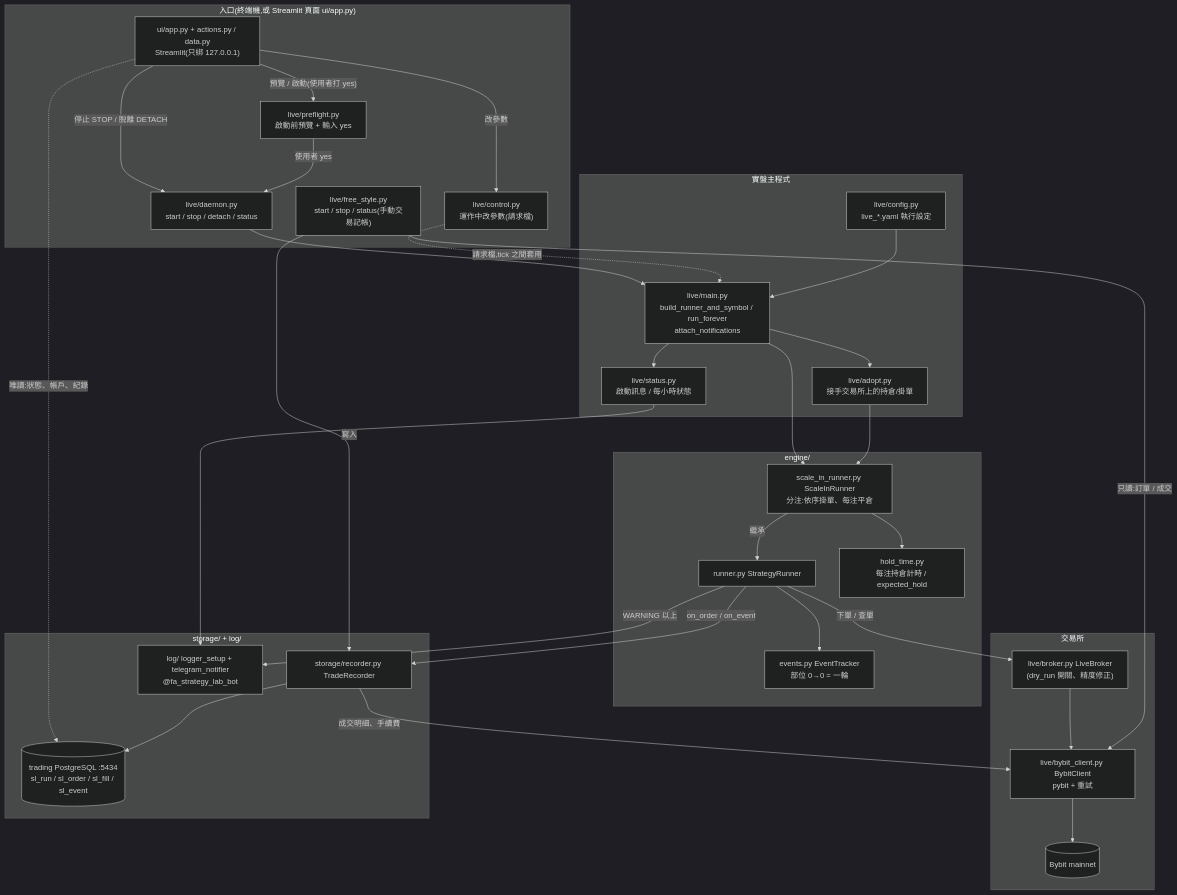
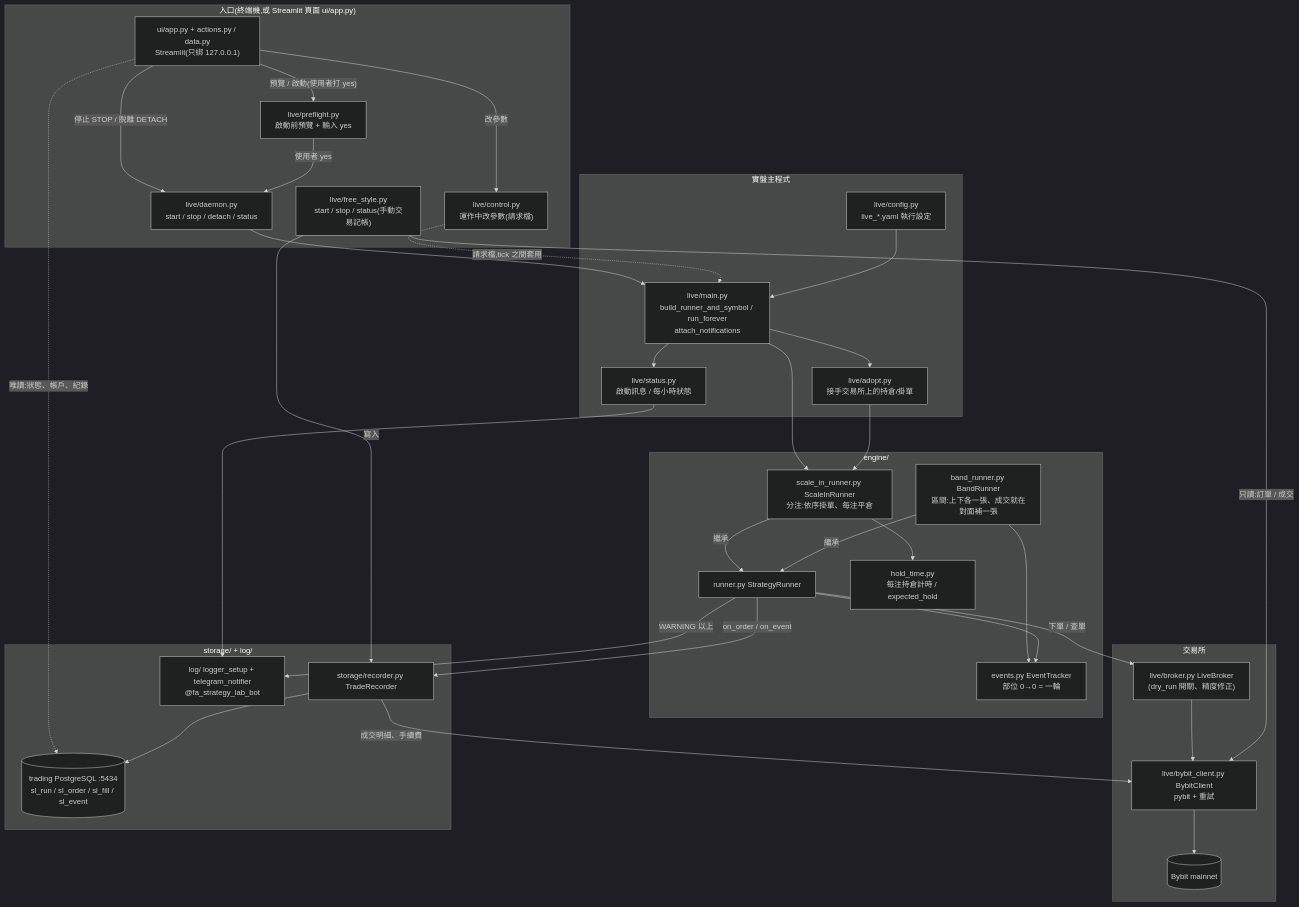
Before and after one commit to youcoolFa/strategy_lab: the second of 3 diagrams in docs/ARCHITECTURE.md, drawn with Mermaid (dark theme). The commit also changed other lines of this file, not shown here.

First line of the commit message:
docs(architecture): band strategy rewrite (§6.30), weekend_mean_reversion removal, overview schedule columns

````diff
--- a/docs/ARCHITECTURE.md
+++ b/docs/ARCHITECTURE.md
@@ -105,56 +106,59 @@
 ```mermaid
 flowchart TD
     subgraph Entry["入口(終端機,或 Streamlit 頁面 ui/app.py)"]
         UI["ui/app.py + actions.py / data.py<br/>Streamlit(只綁 127.0.0.1)"]
         PF["live/preflight.py<br/>啟動前預覽 + 輸入 yes"]
         DM["live/daemon.py<br/>start / stop / detach / status"]
         CT["live/control.py<br/>運作中改參數(請求檔)"]
         FS["live/free_style.py<br/>start / stop / status(手動交易記帳)"]
     end
 
     subgraph Run["實盤主程式"]
         MAIN["live/main.py<br/>build_runner_and_symbol / run_forever<br/>attach_notifications"]
         CFG["live/config.py<br/>live_*.yaml 執行設定"]
         ADOPT["live/adopt.py<br/>接手交易所上的持倉/掛單"]
         ST["live/status.py<br/>啟動訊息 / 每小時狀態"]
     end
 
     subgraph Engine["engine/"]
         SR["runner.py StrategyRunner"]
         SIR["scale_in_runner.py ScaleInRunner<br/>分注:依序掛單、每注平倉"]
         EV["events.py EventTracker<br/>部位 0→0 = 一輪"]
         HT["hold_time.py<br/>每注持倉計時 / expected_hold"]
+        BR["band_runner.py BandRunner<br/>區間:上下各一張、成交就在對面補一張"]
     end
 
     subgraph Exchange["交易所"]
         LB["live/broker.py LiveBroker<br/>(dry_run 開關、精度修正)"]
         BC["live/bybit_client.py BybitClient<br/>pybit + 重試"]
         BY[("Bybit mainnet")]
     end
 
     subgraph Store["storage/ + log/"]
         REC["storage/recorder.py TradeRecorder"]
         DB[("trading PostgreSQL :5434<br/>sl_run / sl_order / sl_fill / sl_event")]
         TG["log/ logger_setup + telegram_notifier<br/>@fa_strategy_lab_bot"]
     end
 
     UI -->|"預覽 / 啟動(使用者打 yes)"| PF
     UI -->|"改參數"| CT
     UI -->|"停止 STOP / 脫離 DETACH"| DM
     UI -.->|"唯讀:狀態、帳戶、紀錄"| DB
     PF -->|"使用者 yes"| DM --> MAIN
     CT -.->|"請求檔,tick 之間套用"| MAIN
     CFG --> MAIN
     MAIN --> SIR
     SIR -->|繼承| SR
+    BR -->|繼承| SR
+    BR --> EV
     SR --> EV
     SIR --> HT
     MAIN --> ADOPT --> SIR
     SR -->|下單 / 查單| LB --> BC --> BY
     SR -->|on_order / on_event| REC --> DB
     REC -->|成交明細、手續費| BC
     MAIN --> ST --> TG
     SR -->|WARNING 以上| TG
     FS -->|"只讀:訂單 / 成交"| BC
     FS -->|寫入| REC
 ```
````
